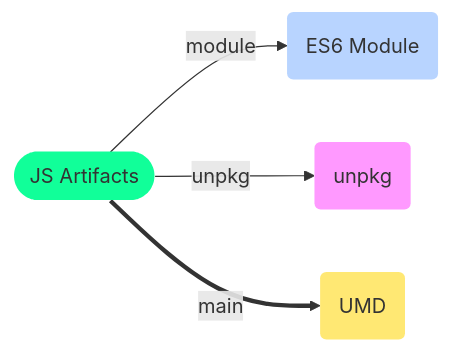
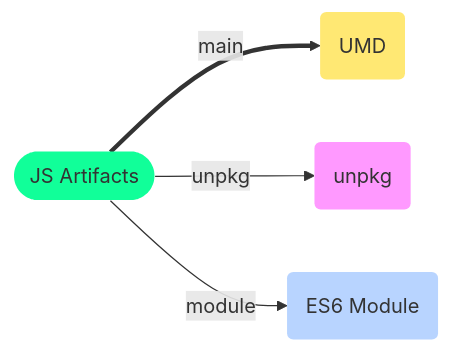
The first of 2 diagrams in content/tools/npm.md (avimehenwal/mydocs), drawn with Mermaid before and after one commit. The commit also changed other lines of this file and 3 other files, not shown here.

````diff
--- a/content/tools/npm.md
+++ b/content/tools/npm.md
@@ -24,16 +33,18 @@
 ```mermaid
 graph LR
 A([JS Artifacts]):::green
 B(ES6 Module):::blue
 C(unpkg):::purple
 D(UMD):::yellow
+A == main ==> D
+A -- unpkg --> C
 A -- module --> B
-A -- unpkg --> C
-A == main ==> D
 classDef green fill:#1f9,stroke-width:0px;
 classDef yellow fill:#FFE873,stroke-width:0px;
 classDef blue fill:#b8d4ff,stroke-width:0px;
 classDef purple fill:#f9f,stroke:#333,stroke-width:0px;
-
-click A "https://www.wikipedia.org/" "Click to open wikipedia"
+click A "https://classic.yarnpkg.com/en/docs/creating-a-package/" "Click to open yarn documentation"
+click B "https://classic.yarnpkg.com/en/docs/creating-a-package/" "Click to open yarn documentation"
+click C "https://classic.yarnpkg.com/en/docs/creating-a-package/" "Click to open yarn documentation"
+click D "https://classic.yarnpkg.com/en/docs/creating-a-package/" "Click to open yarn documentation"
 ```
````
